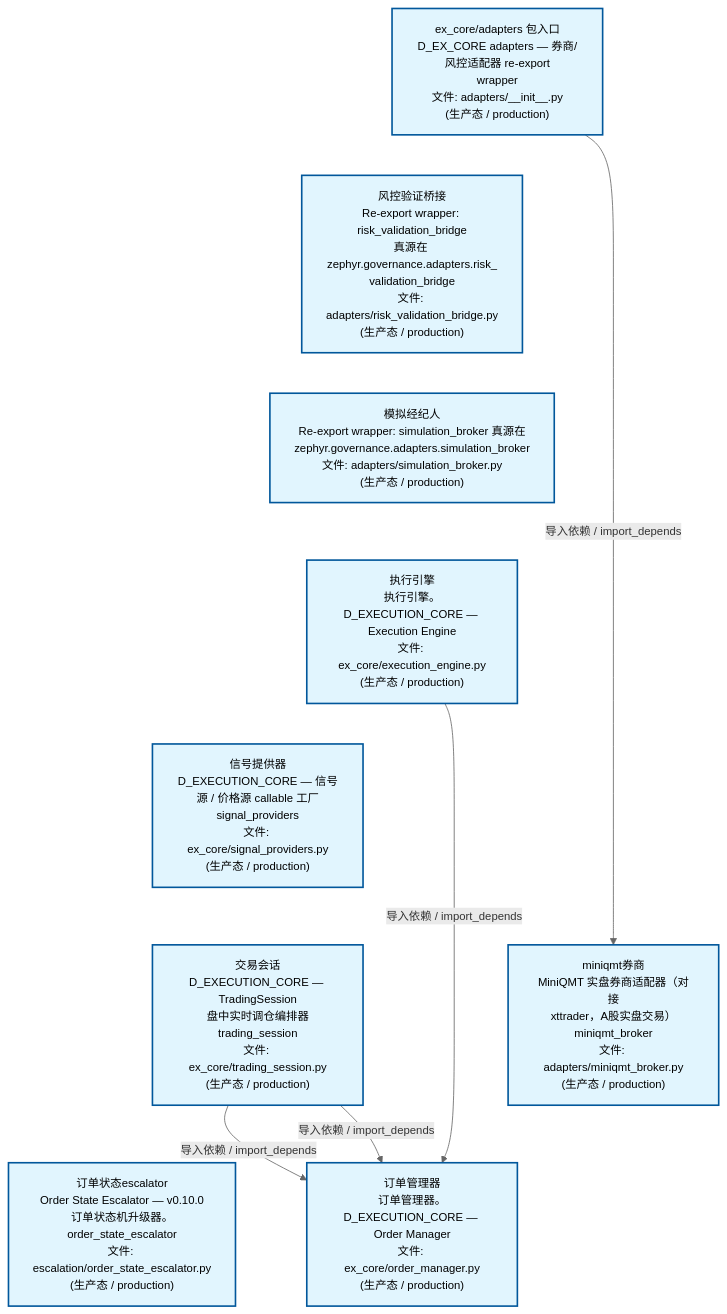
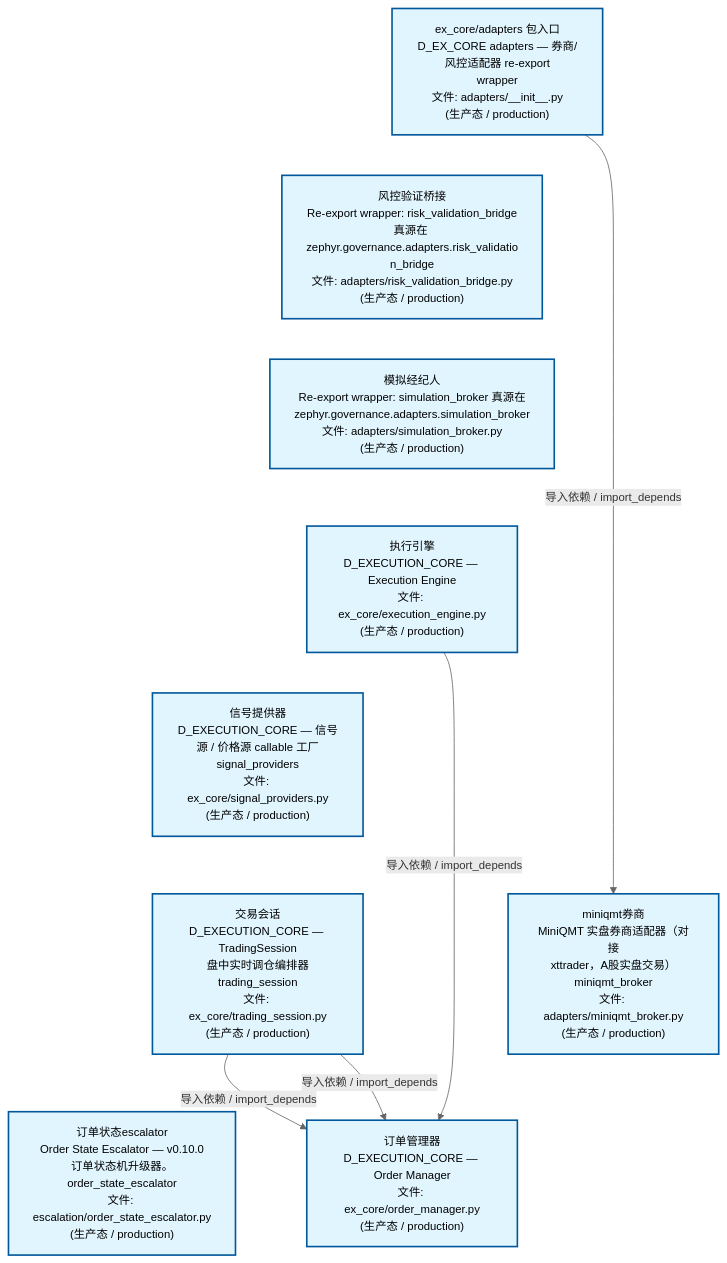
The second of 4 diagrams in docs/02_enterprise_architecture/02_domain_architecture_docs/44_d_ex_core.md (xuanFelixVan/ZephyrAlpha), drawn with Mermaid before and after one commit. The commit also changed other lines of this file and 59 other files, not shown here.

````diff
--- a/docs/02_enterprise_architecture/02_domain_architecture_docs/44_d_ex_core.md
+++ b/docs/02_enterprise_architecture/02_domain_architecture_docs/44_d_ex_core.md
@@ -170,29 +170,29 @@
 ```mermaid
 %%{init: {'theme': 'base', 'themeVariables': {'primaryColor': '#eaeaea', 'primaryTextColor': '#333333', 'primaryBorderColor': '#666666', 'lineColor': '#666666', 'secondaryColor': '#eaeaea', 'tertiaryColor': '#eaeaea', 'fontSize': '14px'}}}%%
 flowchart TD
     src_zephyr_ex_core_adapters_init_py["ex_core/adapters 包入口<br/>D_EX_CORE adapters — 券商/风控适配器 re-export<br/>wrapper<br/>文件: adapters/__init__.py<br/>(生产态 / production)"]
-    src_zephyr_ex_core_adapters_risk_validation_bridge_py["风控验证桥接<br/>Re-export wrapper: risk_validation_bridge<br/>真源在 zephyr.governance.adapters.risk_<br/>validation_bridge<br/>文件: adapters/risk_validation_bridge.py<br/>(生产态 / production)"]
+    src_zephyr_ex_core_adapters_risk_validation_bridge_py["风控验证桥接<br/>Re-export wrapper: risk_validation_bridge<br/>真源在 zephyr.governance.adapters.risk_validatio<br/>n_bridge<br/>文件: adapters/risk_validation_bridge.py<br/>(生产态 / production)"]
     src_zephyr_ex_core_adapters_simulation_broker_py["模拟经纪人<br/>Re-export wrapper: simulation_broker 真源在<br/>zephyr.governance.adapters.simulation_broker<br/>文件: adapters/simulation_broker.py<br/>(生产态 / production)"]
-    src_zephyr_ex_core_execution_engine_py["执行引擎<br/>执行引擎。D_EXECUTION_CORE — Execution Engine<br/>文件: ex_core/execution_engine.py<br/>(生产态 / production)"]
+    src_zephyr_ex_core_execution_engine_py["执行引擎<br/>D_EXECUTION_CORE — Execution Engine<br/>文件: ex_core/execution_engine.py<br/>(生产态 / production)"]
     src_zephyr_ex_core_signal_providers_py["信号提供器<br/>D_EXECUTION_CORE — 信号源 / 价格源 callable 工厂<br/>signal_providers<br/>文件: ex_core/signal_providers.py<br/>(生产态 / production)"]
     src_zephyr_ex_core_trading_session_py["交易会话<br/>D_EXECUTION_CORE — TradingSession<br/>盘中实时调仓编排器<br/>trading_session<br/>文件: ex_core/trading_session.py<br/>(生产态 / production)"]
     src_zephyr_governance_escalation_order_state_escalator_py["订单状态escalator<br/>Order State Escalator — v0.10.0<br/>订单状态机升级器。<br/>order_state_escalator<br/>文件: escalation/order_state_escalator.py<br/>(生产态 / production)"]
     src_zephyr_ex_core_adapters_init_py ~~~ src_zephyr_ex_core_adapters_risk_validation_bridge_py
     src_zephyr_ex_core_adapters_risk_validation_bridge_py ~~~ src_zephyr_ex_core_adapters_simulation_broker_py
     src_zephyr_ex_core_adapters_simulation_broker_py ~~~ src_zephyr_ex_core_execution_engine_py
     src_zephyr_ex_core_execution_engine_py ~~~ src_zephyr_ex_core_signal_providers_py
     src_zephyr_ex_core_signal_providers_py ~~~ src_zephyr_ex_core_trading_session_py
     src_zephyr_ex_core_trading_session_py ~~~ src_zephyr_governance_escalation_order_state_escalator_py
     src_zephyr_ex_core_adapters_miniqmt_broker_py["miniqmt券商<br/>MiniQMT 实盘券商适配器（对接<br/>xttrader，A股实盘交易）<br/>miniqmt_broker<br/>文件: adapters/miniqmt_broker.py<br/>(生产态 / production)"]
-    src_zephyr_ex_core_order_manager_py["订单管理器<br/>订单管理器。D_EXECUTION_CORE — Order Manager<br/>文件: ex_core/order_manager.py<br/>(生产态 / production)"]
+    src_zephyr_ex_core_order_manager_py["订单管理器<br/>D_EXECUTION_CORE — Order Manager<br/>文件: ex_core/order_manager.py<br/>(生产态 / production)"]
     src_zephyr_ex_core_adapters_miniqmt_broker_py ~~~ src_zephyr_ex_core_order_manager_py
     src_zephyr_ex_core_execution_engine_py -->|导入依赖 / import_depends| src_zephyr_ex_core_order_manager_py
     src_zephyr_ex_core_trading_session_py -->|导入依赖 / import_depends| src_zephyr_ex_core_order_manager_py
     src_zephyr_ex_core_trading_session_py -->|导入依赖 / import_depends| src_zephyr_ex_core_order_manager_py
     src_zephyr_ex_core_adapters_init_py -->|导入依赖 / import_depends| src_zephyr_ex_core_adapters_miniqmt_broker_py
     classDef production fill:#e1f5fe,stroke:#01579b,stroke-width:2px,color:#000
     classDef design fill:#fff3e0,stroke:#e65100,stroke-width:2px,color:#000,stroke-dasharray: 5 5
     classDef external_prod fill:#e8f4fd,stroke:#0277bd,stroke-width:1px,color:#000
     classDef external_design fill:#fff8e7,stroke:#ef6c00,stroke-width:1px,color:#000,stroke-dasharray: 5 5
     class src_zephyr_ex_core_adapters_init_py,src_zephyr_ex_core_adapters_miniqmt_broker_py,src_zephyr_ex_core_adapters_risk_validation_bridge_py,src_zephyr_ex_core_adapters_simulation_broker_py,src_zephyr_ex_core_execution_engine_py,src_zephyr_ex_core_order_manager_py,src_zephyr_ex_core_signal_providers_py,src_zephyr_ex_core_trading_session_py,src_zephyr_governance_escalation_order_state_escalator_py production
 ```
````
